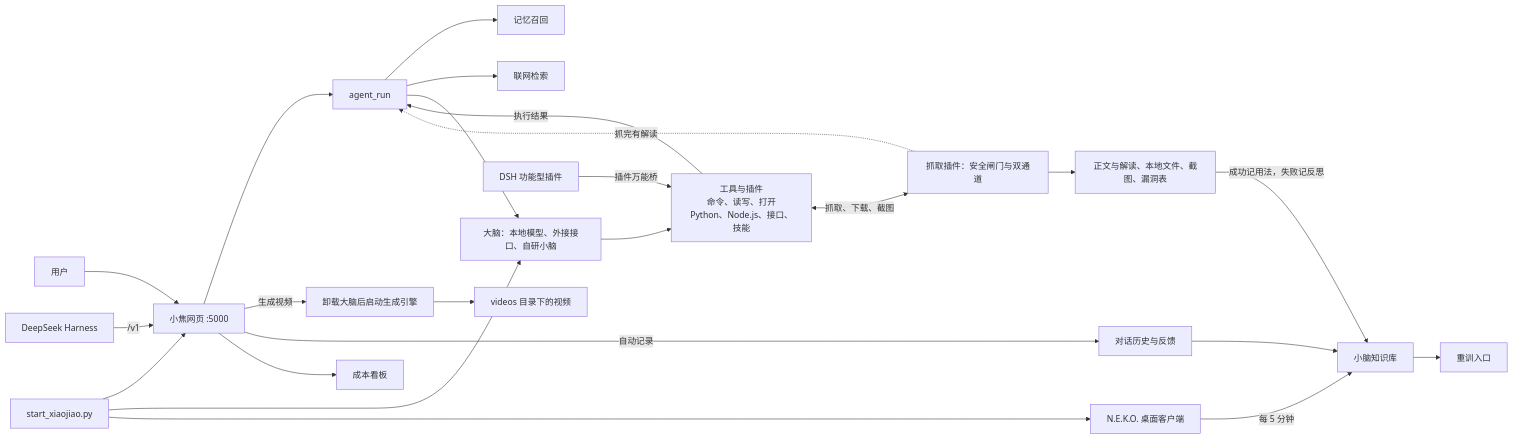
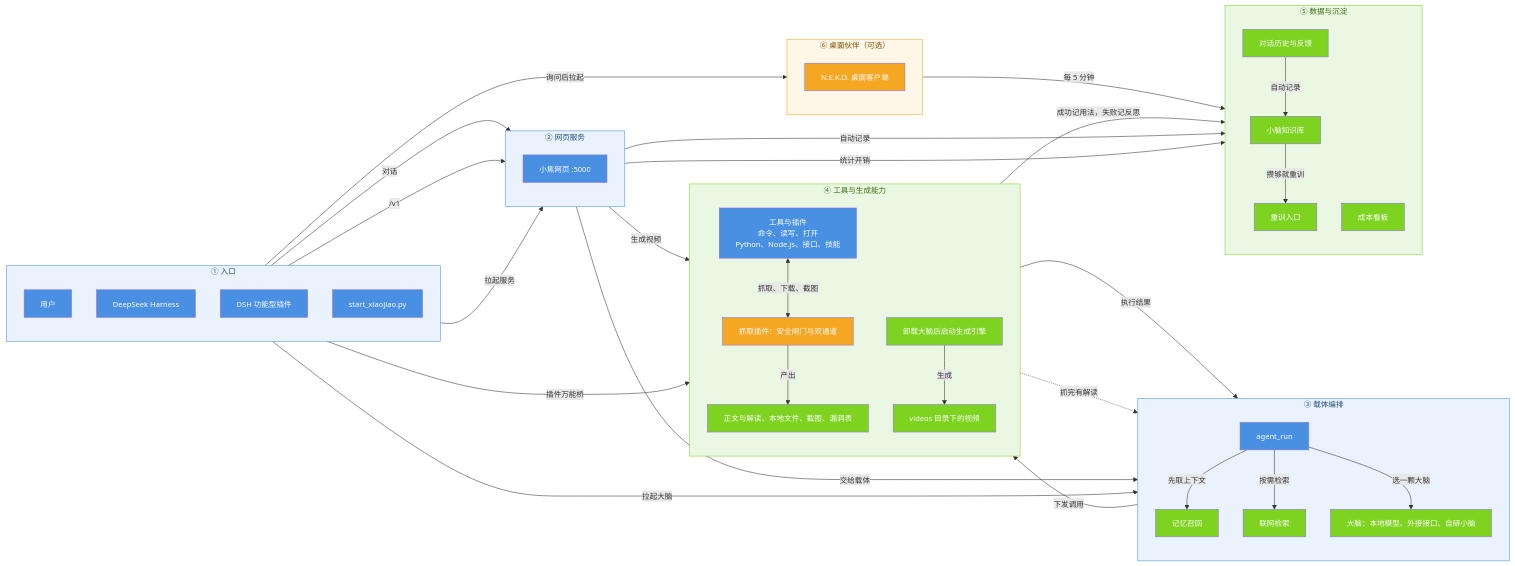
One commit to jiangchuangege/xiaojiao-harnees changed the seventh of 7 diagrams in README.md. Above: the diagram before and after it, drawn with Mermaid. The commit also changed other lines of this file and 30 other files, not shown here.

First line of the commit message:
﻿全仓 Mermaid 图统一 + 对比表与 License 修正

````diff
--- a/README.md
+++ b/README.md
@@ -625,23 +783,89 @@
 ```mermaid
 flowchart LR
-    U["用户"] --> W["小焦网页 :5000"]
-    DSH["DeepSeek Harness"] -->|"/v1"| W
-    W --> A["agent_run"]
-    A --> M["记忆召回"]
-    A --> S["联网检索"]
-    A --> BR["大脑：本地模型、外接接口、自研小脑"]
-    BR --> TOOLS["工具与插件<br/>命令、读写、打开<br/>Python、Node.js、接口、技能"]
+%%{init: {"themeVariables": {"fontSize": "14px"}, "flowchart": {"htmlLabels": true, "wrappingWidth": 340, "nodeSpacing": 46, "rankSpacing": 64, "useMaxWidth": true}}}%%
+    subgraph ENTRY["① 入口"]
+        direction TB
+        U["用户"]
+        DSH["DeepSeek Harness"]
+        DSHPLUG["DSH 功能型插件"]
+        ST["start_xiaojiao.py"]
+    end
+    subgraph WEB["② 网页服务"]
+        direction TB
+        W["小焦网页 :5000"]
+    end
+    subgraph CORE["③ 载体编排"]
+        direction TB
+        A["agent_run"]
+        M["记忆召回"]
+        S["联网检索"]
+        BR["大脑：本地模型、外接接口、自研小脑"]
+        A -->|"先取上下文"| M
+        A -->|"按需检索"| S
+        A -->|"选一颗大脑"| BR
+    end
+    subgraph CAP["④ 工具与生成能力"]
+        direction TB
+        TOOLS["工具与插件<br/>命令、读写、打开<br/>Python、Node.js、接口、技能"]
+        SD["抓取插件：安全闸门与双通道"]
+        SOUT["正文与解读、本地文件、截图、漏洞表"]
+        VID["卸载大脑后启动生成引擎"]
+        OUTV["videos 目录下的视频"]
+        TOOLS <-->|"抓取、下载、截图"| SD
+        SD -->|"产出"| SOUT
+        VID -->|"生成"| OUTV
+    end
+    subgraph DATA["⑤ 数据与沉淀"]
+        direction TB
+        LOG["对话历史与反馈"]
+        KNOW["小脑知识库"]
+        TRAIN["重训入口"]
+        COST["成本看板"]
+        LOG -->|"自动记录"| KNOW
+        KNOW -->|"攒够就重训"| TRAIN
+    end
+    subgraph NEKOG["⑥ 桌面伙伴（可选）"]
+        direction TB
+        NEKO["N.E.K.O. 桌面客户端"]
+    end
+    U -->|"对话"| W
+    DSH -->|"/v1"| W
+    ST -->|"拉起服务"| W
+    ST -->|"拉起大脑"| BR
+    ST -->|"询问后拉起"| NEKO
+    W -->|"交给载体"| A
+    W -->|"生成视频"| VID
+    W -->|"自动记录"| LOG
+    W -->|"统计开销"| COST
+    BR -->|"下发调用"| TOOLS
     TOOLS -->|"执行结果"| A
-    W -->|"生成视频"| VID["卸载大脑后启动生成引擎"] --> OUTV["videos 目录下的视频"]
-    W -->|"自动记录"| LOG["对话历史与反馈"] --> KNOW["小脑知识库"] --> TRAIN["重训入口"]
-    ST["start_xiaojiao.py"] --> W
-    ST --> BR
-    ST --> NEKO["N.E.K.O. 桌面客户端"]
-    NEKO -->|"每 5 分钟"| KNOW
-    DSHPLUG["DSH 功能型插件"] -->|"插件万能桥"| TOOLS
-    TOOLS <-->|"抓取、下载、截图"| SD["抓取插件：安全闸门与双通道"]
-    SD --> SOUT["正文与解读、本地文件、截图、漏洞表"]
+    DSHPLUG -->|"插件万能桥"| TOOLS
     SD -.->|"抓完有解读"| A
     SOUT -->|"成功记用法，失败记反思"| KNOW
-    W --> COST["成本看板"]
+    NEKO -->|"每 5 分钟"| KNOW
+    style ENTRY fill:#EAF2FD,stroke:#4A90E2,color:#1F4E79
+    style WEB fill:#EAF2FD,stroke:#4A90E2,color:#1F4E79
+    style CORE fill:#EAF2FD,stroke:#4A90E2,color:#1F4E79
+    style CAP fill:#EAF7E2,stroke:#7ED321,color:#3E6B12
+    style DATA fill:#EAF7E2,stroke:#7ED321,color:#3E6B12
+    style NEKOG fill:#FEF6E7,stroke:#F5A623,color:#7A4B00
+    style U fill:#4A90E2,color:#fff
+    style DSH fill:#4A90E2,color:#fff
+    style DSHPLUG fill:#4A90E2,color:#fff
+    style ST fill:#4A90E2,color:#fff
+    style W fill:#4A90E2,color:#fff
+    style A fill:#4A90E2,color:#fff
+    style M fill:#7ED321,color:#fff
+    style S fill:#7ED321,color:#fff
+    style BR fill:#7ED321,color:#fff
+    style TOOLS fill:#4A90E2,color:#fff
+    style SD fill:#F5A623,color:#fff
+    style SOUT fill:#7ED321,color:#fff
+    style VID fill:#7ED321,color:#fff
+    style OUTV fill:#7ED321,color:#fff
+    style LOG fill:#7ED321,color:#fff
+    style KNOW fill:#7ED321,color:#fff
+    style TRAIN fill:#7ED321,color:#fff
+    style COST fill:#7ED321,color:#fff
+    style NEKO fill:#F5A623,color:#fff
 ```
````
